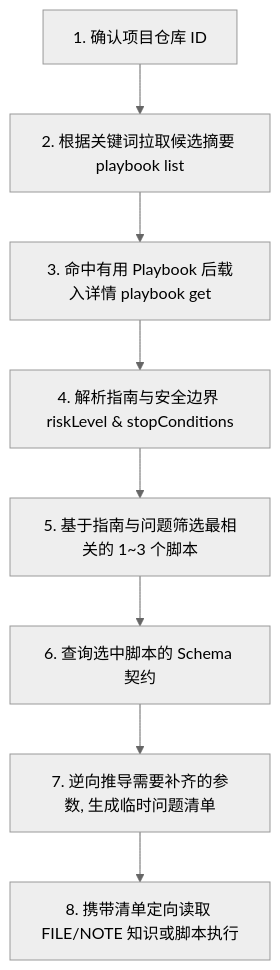
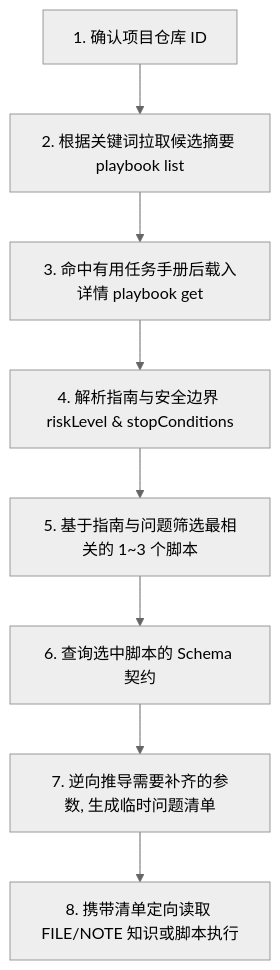
One commit to team4u/actiondock changed the diagram in docs/playbook.md. Above: the diagram before and after it, drawn with Mermaid (neutral theme). The commit also changed other lines of this file, not shown here.

````diff
--- a/docs/playbook.md
+++ b/docs/playbook.md
@@ -76,10 +76,10 @@
 ```mermaid
 flowchart TD
     Start[1. 确认项目仓库 ID] --> Search[2. 根据关键词拉取候选摘要 playbook list]
-    Search --> Fetch[3. 命中有用 Playbook 后载入详情 playbook get]
+    Search --> Fetch[3. 命中有用任务手册后载入详情 playbook get]
     Fetch --> Review[4. 解析指南与安全边界 riskLevel & stopConditions]
     Review --> Select[5. 基于指南与问题筛选最相关的 1~3 个脚本]
     Select --> Schema[6. 查询选中脚本的 Schema 契约]
     Schema --> Derive[7. 逆向推导需要补齐的参数, 生成临时问题清单]
     Derive --> Read[8. 携带清单定向读取 FILE/NOTE 知识或脚本执行]
 ```
````
